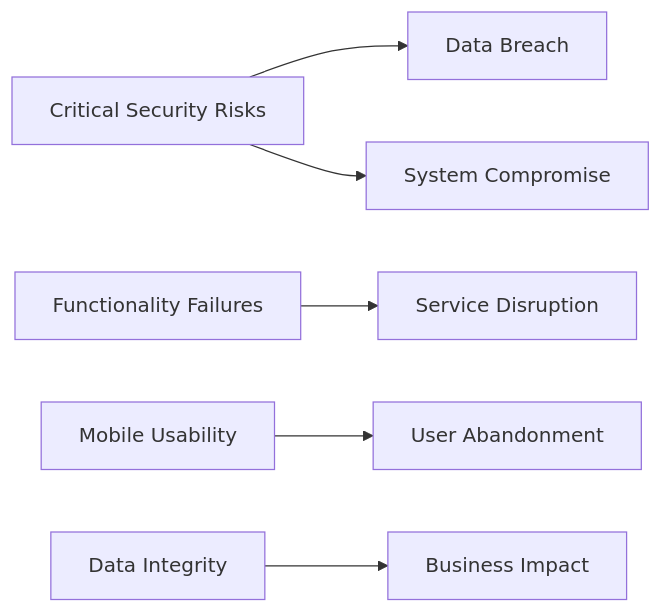
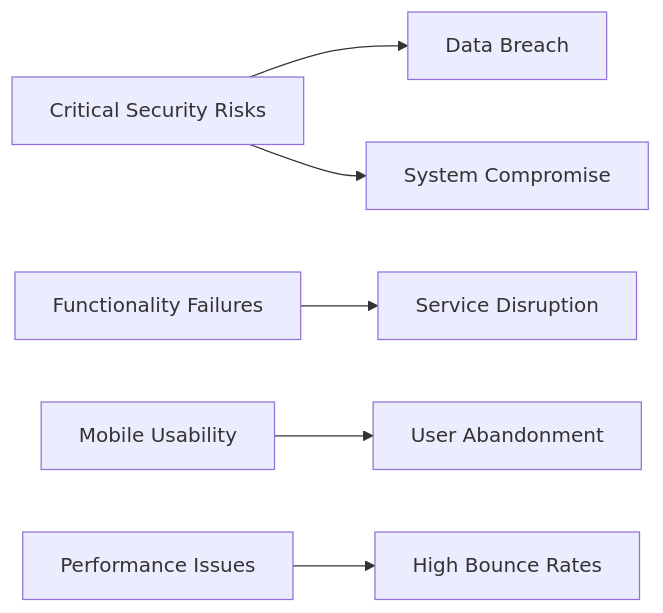
The fifth of 6 diagrams in TEST_REPORT.md (PLP-Database-Design/wk-6-jackiecherotich-1), drawn with Mermaid before and after one commit. The commit also changed other lines of this file, not shown here.

````diff
--- a/TEST_REPORT.md
+++ b/TEST_REPORT.md
@@ -539,8 +513,8 @@
 ```mermaid
 graph LR
     A[Critical Security Risks] --> B[Data Breach]
     A --> C[System Compromise]
     D[Functionality Failures] --> E[Service Disruption]
     F[Mobile Usability] --> G[User Abandonment]
-    H[Data Integrity] --> I[Business Impact]
+    H[Performance Issues] --> I[High Bounce Rates]
 ```
````
